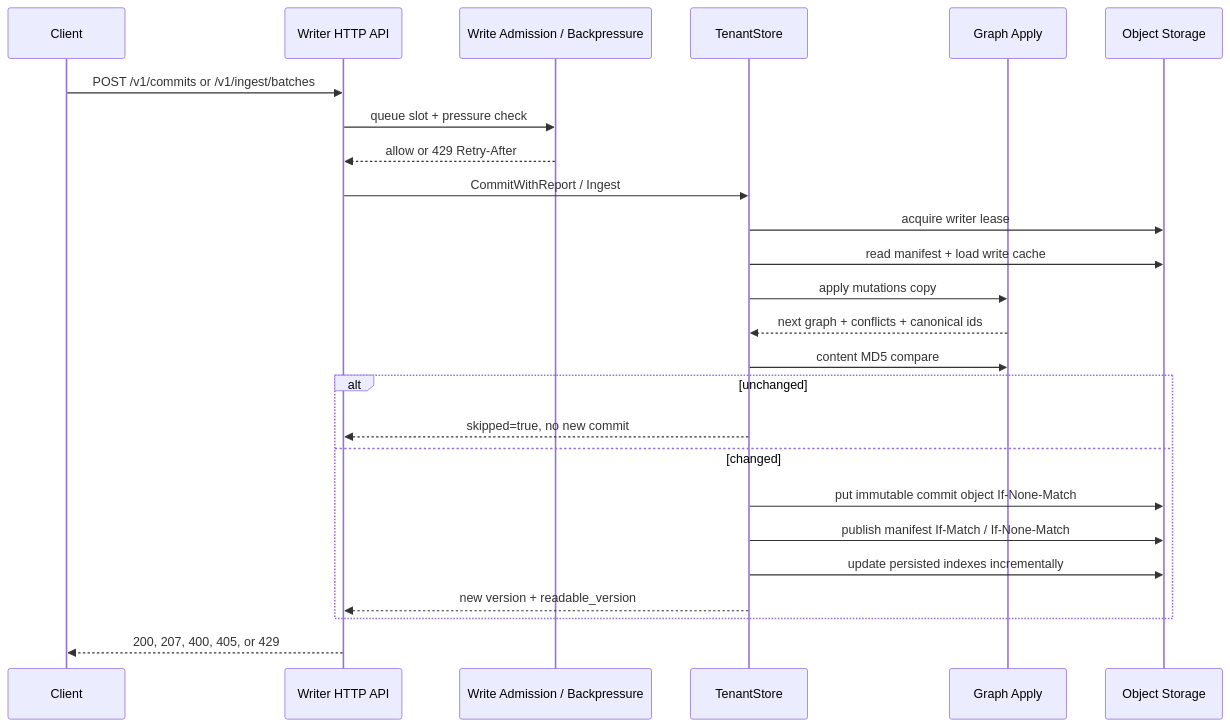
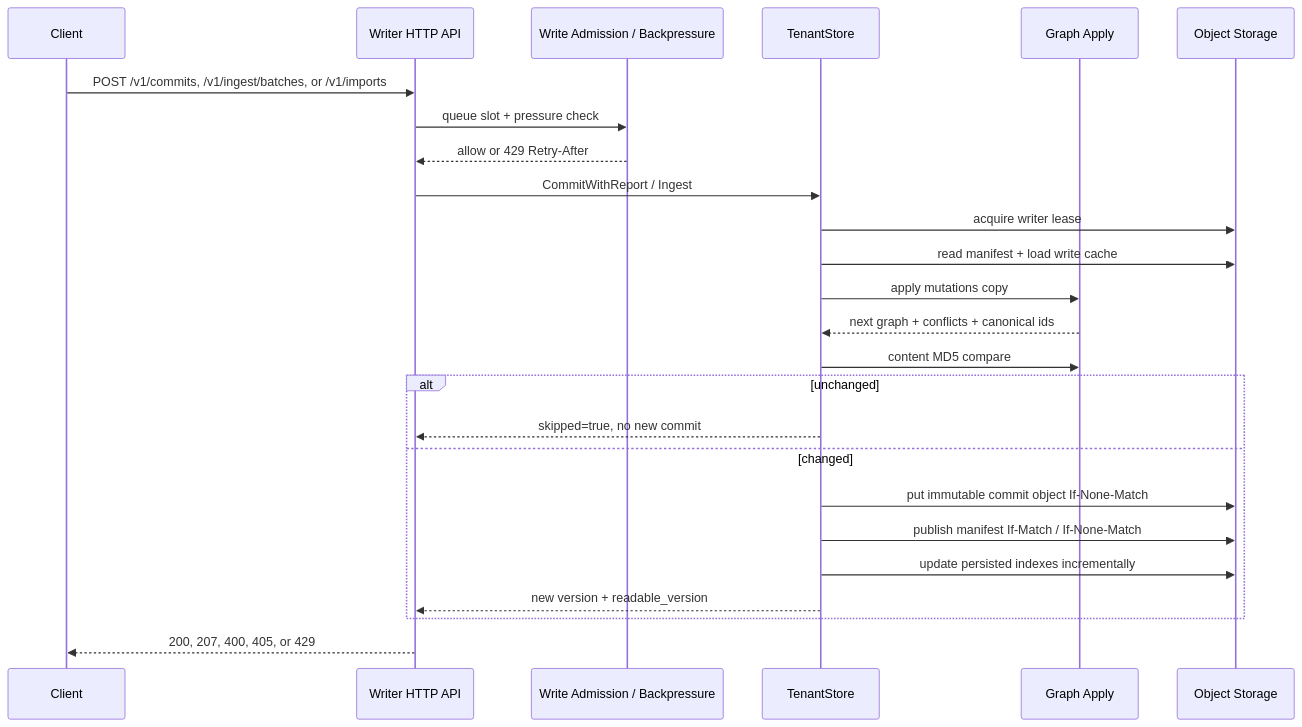
One commit to SamuelSupe/graphdb changed the third of 7 diagrams in docs/architecture.md. Above: the diagram before and after it, drawn with Mermaid. The commit also changed other lines of this file and 280 other files, not shown here.

````diff
--- a/docs/architecture.md
+++ b/docs/architecture.md
@@ -110,28 +121,28 @@
 ```mermaid
 sequenceDiagram
   participant Client
   participant HTTP as Writer HTTP API
   participant BP as Write Admission / Backpressure
   participant Store as TenantStore
   participant Graph as Graph Apply
   participant Obj as Object Storage
 
-  Client->>HTTP: POST /v1/commits or /v1/ingest/batches
+  Client->>HTTP: POST /v1/commits, /v1/ingest/batches, or /v1/imports
   HTTP->>BP: queue slot + pressure check
   BP-->>HTTP: allow or 429 Retry-After
   HTTP->>Store: CommitWithReport / Ingest
   Store->>Obj: acquire writer lease
   Store->>Obj: read manifest + load write cache
   Store->>Graph: apply mutations copy
   Graph-->>Store: next graph + conflicts + canonical ids
   Store->>Graph: content MD5 compare
   alt unchanged
     Store-->>HTTP: skipped=true, no new commit
   else changed
     Store->>Obj: put immutable commit object If-None-Match
     Store->>Obj: publish manifest If-Match / If-None-Match
     Store->>Obj: update persisted indexes incrementally
     Store-->>HTTP: new version + readable_version
   end
   HTTP-->>Client: 200, 207, 400, 405, or 429
 ```
````
